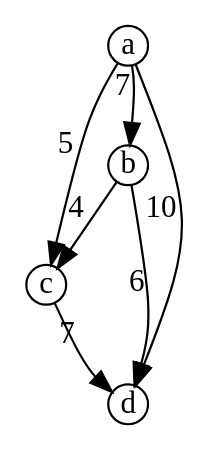
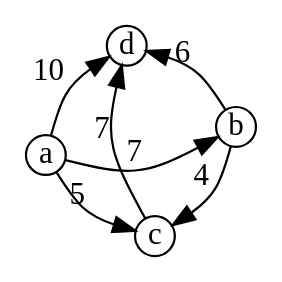
One commit to increpare/comusic changed the diagram in graph3.dot. Above: the diagram before and after it, drawn with Graphviz. The commit also changed 5 other files, not shown here.

```diff
--- a/graph3.dot
+++ b/graph3.dot
@@ -1,10 +1,11 @@
-digraph G {
+digraph G  {
+	layout=neato;
 	splines=curved;
 	node [shape=circle fixedsize=true width=0.25 height=0.25 ]
 	a -> b [ xlabel="7"];
 	a -> c [ xlabel="5"];
 	a -> d [ xlabel="10" ];
 	b -> c [ xlabel="4" ];
 	b -> d [ xlabel="6" ];
 	c -> d [ xlabel="7" ];
-}
+} 
```
